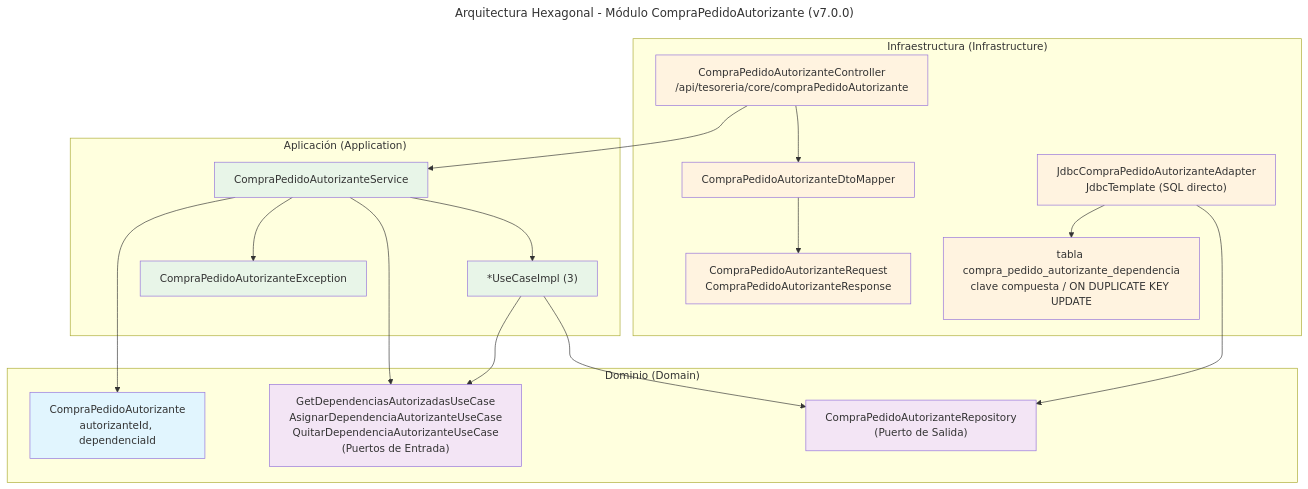
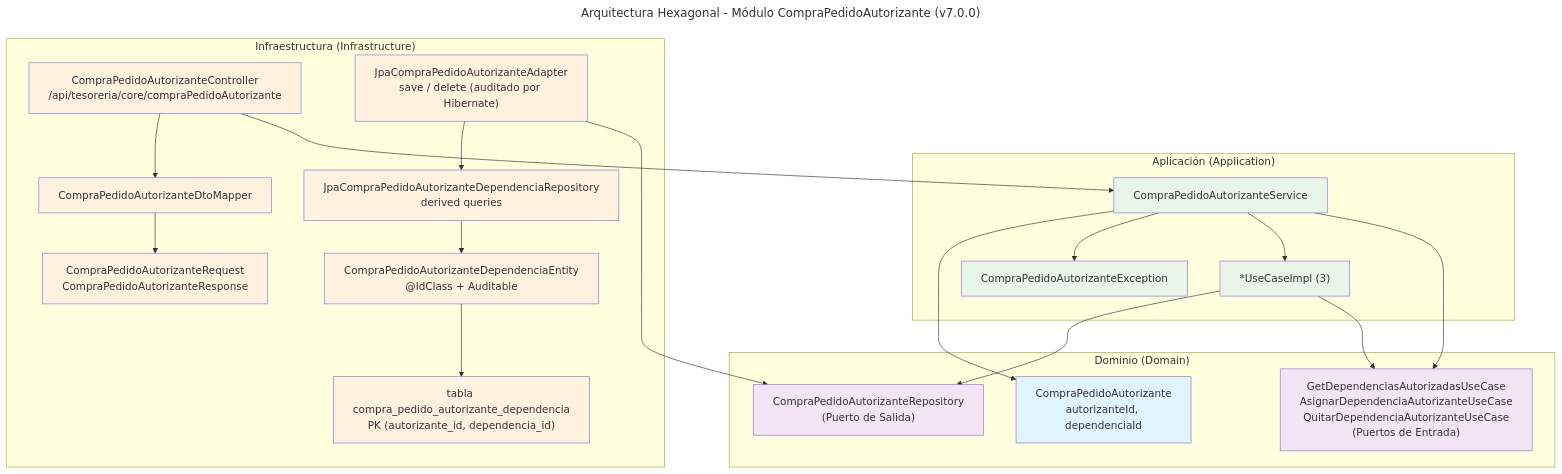
Before and after one commit to UM-services/UM.tesoreria.core-service: the diagram in docs/hexagonal-compraPedidoAutorizante.mmd, drawn with Mermaid. The commit also changed 94 other files, not shown here.

```diff
--- a/docs/hexagonal-compraPedidoAutorizante.mmd
+++ b/docs/hexagonal-compraPedidoAutorizante.mmd
@@ -1,47 +1,53 @@
 ---
 title: Arquitectura Hexagonal - Módulo CompraPedidoAutorizante (v7.0.0)
 ---
 flowchart TD
     subgraph Dominio ["Dominio (Domain)"]
         M["CompraPedidoAutorizante<br/>autorizanteId, dependenciaId"]
         IN["GetDependenciasAutorizadasUseCase<br/>AsignarDependenciaAutorizanteUseCase<br/>QuitarDependenciaAutorizanteUseCase<br/>(Puertos de Entrada)"]
         OUT["CompraPedidoAutorizanteRepository<br/>(Puerto de Salida)"]
     end
 
     subgraph Aplicacion ["Aplicación (Application)"]
         Svc["CompraPedidoAutorizanteService"]
         UCs["*UseCaseImpl (3)"]
         Exc["CompraPedidoAutorizanteException"]
     end
 
     subgraph Infraestructura ["Infraestructura (Infrastructure)"]
         Ctrl["CompraPedidoAutorizanteController<br/>/api/tesoreria/core/compraPedidoAutorizante"]
         DTO["CompraPedidoAutorizanteRequest<br/>CompraPedidoAutorizanteResponse"]
         Map["CompraPedidoAutorizanteDtoMapper"]
-        Adp["JdbcCompraPedidoAutorizanteAdapter<br/>JdbcTemplate (SQL directo)"]
-        Tabla["tabla compra_pedido_autorizante_dependencia<br/>clave compuesta / ON DUPLICATE KEY UPDATE"]
+        Adp["JpaCompraPedidoAutorizanteAdapter<br/>save / delete (auditado por Hibernate)"]
+        Repo["JpaCompraPedidoAutorizanteDependenciaRepository<br/>derived queries"]
+        Ent["CompraPedidoAutorizanteDependenciaEntity<br/>@IdClass + Auditable"]
+        Tabla["tabla compra_pedido_autorizante_dependencia<br/>PK (autorizante_id, dependencia_id)"]
     end
 
     Ctrl --> Svc
     Ctrl --> Map
     Map --> DTO
     Svc --> IN
     Svc --> UCs
     Svc --> Exc
     UCs --> IN
     UCs --> OUT
     Adp --> OUT
-    Adp --> Tabla
+    Adp --> Repo
+    Repo --> Ent
+    Ent --> Tabla
     Svc --> M
 
     style M fill:#e1f5fe
     style IN fill:#f3e5f5
     style OUT fill:#f3e5f5
     style Svc fill:#e8f5e8
     style UCs fill:#e8f5e8
     style Exc fill:#e8f5e8
     style Ctrl fill:#fff3e0
     style DTO fill:#fff3e0
     style Map fill:#fff3e0
     style Adp fill:#fff3e0
+    style Repo fill:#fff3e0
+    style Ent fill:#fff3e0
     style Tabla fill:#fff3e0
```
